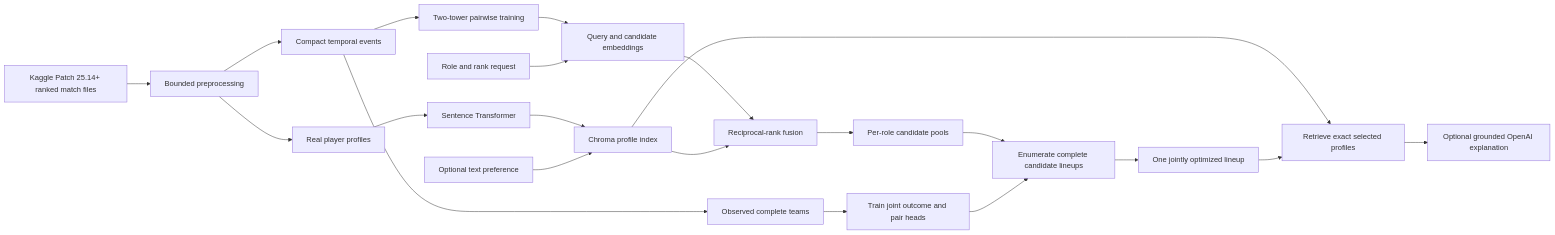
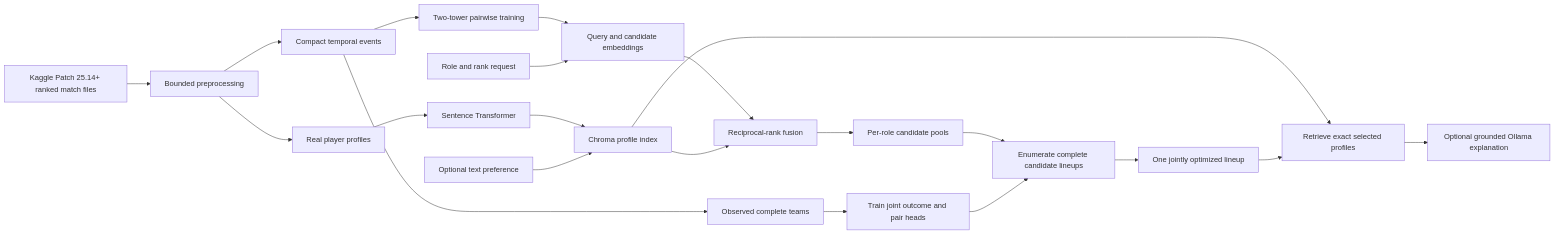
The diagram in README.md (RSakib/LoL-Team-Optimizer---Two-Tower-RecSys-and-RAG), drawn with Mermaid before and after one commit. The commit also changed other lines of this file and 13 other files, not shown here.

Commit message:
Swapped out OpenAI and Streamlit for Ollama and Codex

````diff
--- a/README.md
+++ b/README.md
@@ -17,23 +17,23 @@
 ```mermaid
 flowchart LR
     A[Kaggle Patch 25.14+ ranked match files] --> B[Bounded preprocessing]
     B --> C[Compact temporal events]
     B --> D[Real player profiles]
     C --> E[Two-tower pairwise training]
     E --> F[Query and candidate embeddings]
     D --> G[Sentence Transformer]
     G --> H[Chroma profile index]
     I[Role and rank request] --> F
     J[Optional text preference] --> H
     F --> K[Reciprocal-rank fusion]
     H --> K
     K --> L[Per-role candidate pools]
     C --> M[Observed complete teams]
     M --> N[Train joint outcome and pair heads]
     L --> O[Enumerate complete candidate lineups]
     N --> O
     O --> P[One jointly optimized lineup]
     H --> Q[Retrieve exact selected profiles]
     P --> Q
-    Q --> R[Optional grounded OpenAI explanation]
+    Q --> R[Optional grounded Ollama explanation]
 ```
````
